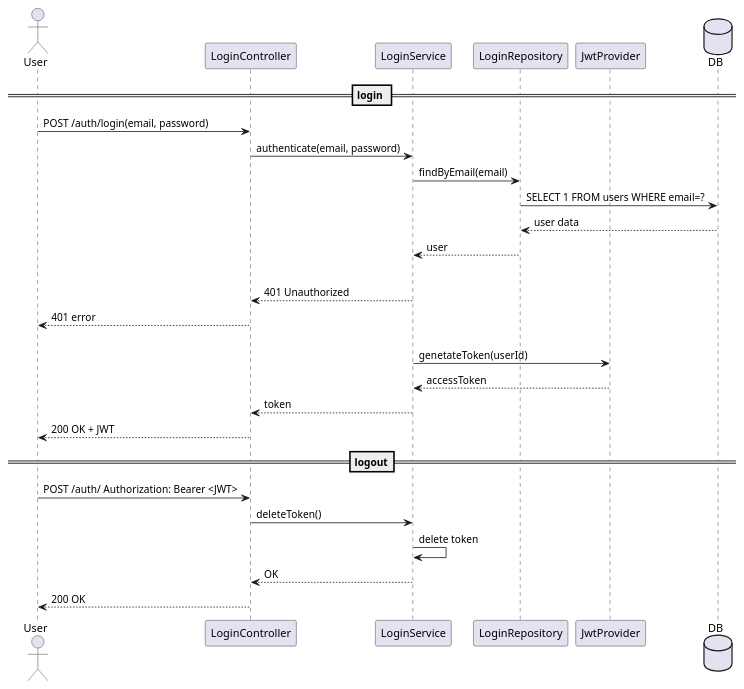
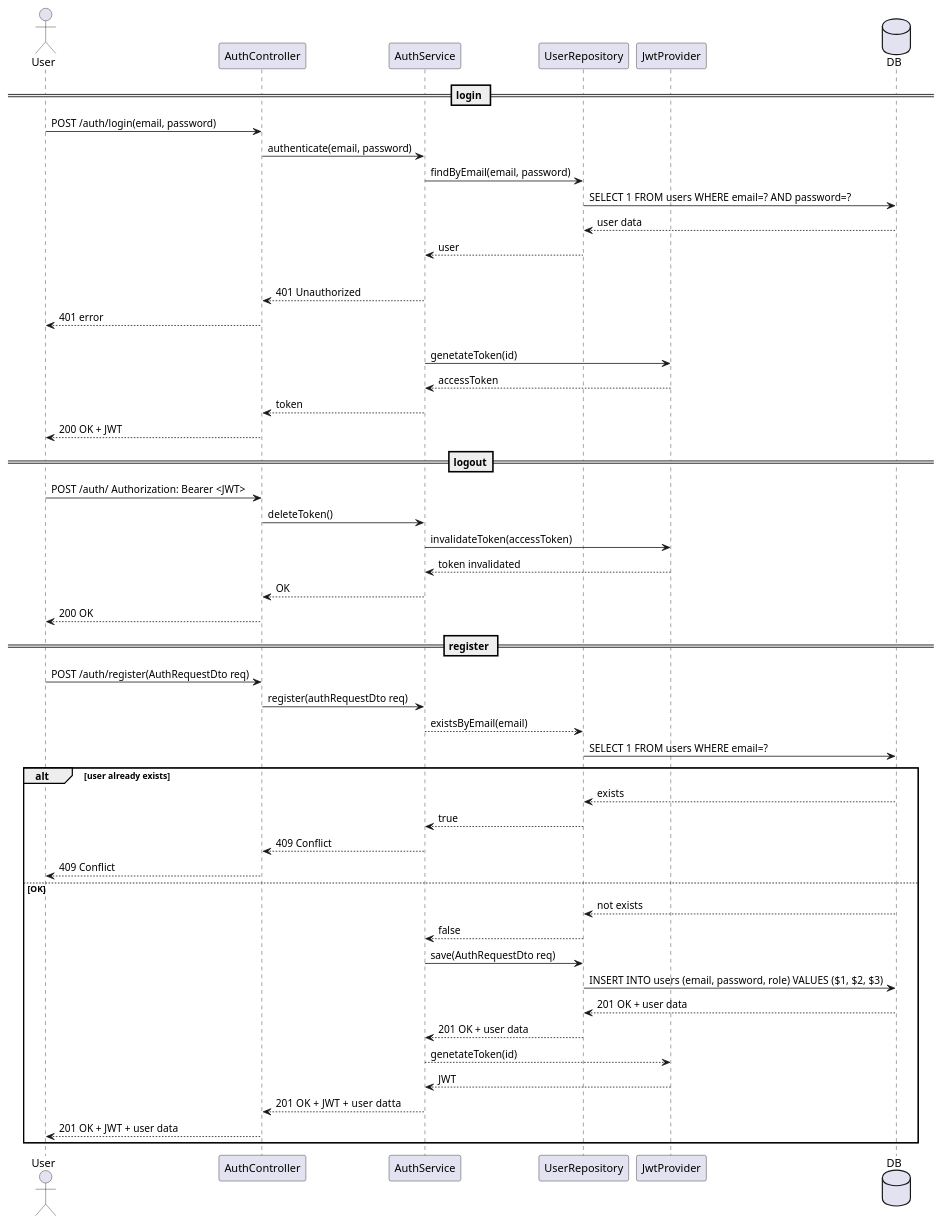
The diagram in uml/code/sequence/auth-sequence.puml (tettamasuyama/group-assignment), drawn with PlantUML before and after one commit.

Commit message:
docs: auth-sequenceを作成

```diff
--- a/uml/code/sequence/auth-sequence.puml
+++ b/uml/code/sequence/auth-sequence.puml
@@ -1,34 +1,62 @@
 @startuml
 actor User
-participant LoginController
-participant LoginService
-participant LoginRepository
+participant AuthController
+participant AuthService
+participant UserRepository
 participant JwtProvider
 database DB
 
 == login == 
-User -> LoginController : POST /auth/login(email, password)
-LoginController -> LoginService : authenticate(email, password)
-LoginService -> LoginRepository : findByEmail(email)
-LoginRepository -> DB : SELECT 1 FROM users WHERE email=?
-DB --> LoginRepository : user data
-LoginRepository --> LoginService :user
+User -> AuthController : POST /auth/login(email, password)
+AuthController -> AuthService : authenticate(email, password)
+AuthService -> UserRepository : findByEmail(email, password)
+UserRepository -> DB : SELECT 1 FROM users WHERE email=? AND password=?
+DB --> UserRepository : user data
+UserRepository --> AuthService :user
 
 alt user not found
-  LoginService --> LoginController : 401 Unauthorized
-  LoginController --> User : 401 error
+  AuthService --> AuthController : 401 Unauthorized
+  AuthController --> User : 401 error
 
 else OK
-  LoginService -> JwtProvider : genetateToken(userId)
-  JwtProvider --> LoginService : accessToken
-  LoginService --> LoginController : token
-  LoginController --> User : 200 OK + JWT
+  AuthService -> JwtProvider : genetateToken(id)
+  JwtProvider --> AuthService : accessToken
+  AuthService --> AuthController : token
+  AuthController --> User : 200 OK + JWT
 
 ==logout==
-User -> LoginController : POST /auth/ Authorization: Bearer <JWT>
-LoginController -> LoginService : deleteToken()
-LoginService -> LoginService : delete token
-LoginService --> LoginController : OK
-LoginController --> User : 200 OK
+User -> AuthController : POST /auth/ Authorization: Bearer <JWT>
+AuthController -> AuthService : deleteToken()
+AuthService -> JwtProvider : invalidateToken(accessToken)
+JwtProvider --> AuthService : token invalidated
+AuthService --> AuthController : OK
+AuthController --> User : 200 OK
+
+
+== register ==
+User -> AuthController : POST /auth/register(AuthRequestDto req)
+AuthController -> AuthService : register(authRequestDto req)
+AuthService --> UserRepository : existsByEmail(email)
+UserRepository -> DB : SELECT 1 FROM users WHERE email=?
+
+alt user already exists
+
+  DB --> UserRepository : exists
+  UserRepository --> AuthService : true
+  AuthService --> AuthController : 409 Conflict
+  AuthController --> User : 409 Conflict
+
+else OK
+DB --> UserRepository : not exists
+UserRepository --> AuthService : false
+AuthService -> UserRepository : save(AuthRequestDto req)
+UserRepository -> DB : INSERT INTO users (email, password, role) VALUES ($1, $2, $3)
+DB --> UserRepository : 201 OK + user data
+UserRepository --> AuthService : 201 OK + user data
+AuthService --> JwtProvider : genetateToken(id)
+JwtProvider --> AuthService : JWT
+AuthService --> AuthController : 201 OK +  JWT + user datta
+AuthController --> User : 201 OK + JWT + user data
+end
 
 @enduml
```
